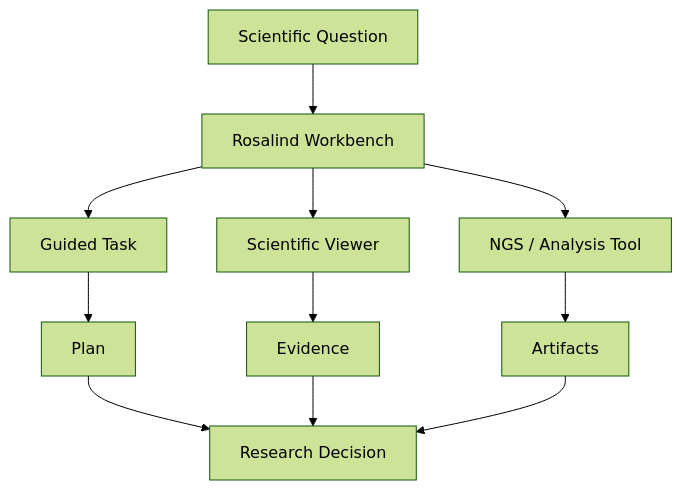
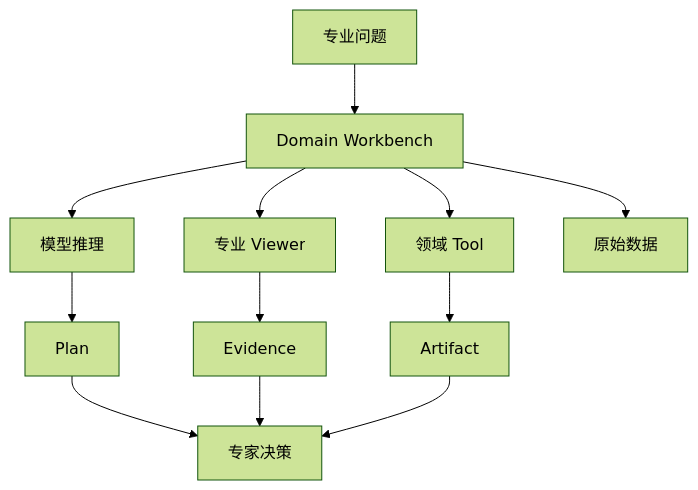
Before and after one commit to wlf186/ai-daily-headlines: the ninth of 20 diagrams in 260829.md, drawn with Mermaid (forest theme). The commit also changed other lines of this file, not shown here.

````diff
--- a/260829.md
+++ b/260829.md
@@ -450,13 +431,14 @@
 ```mermaid
 flowchart TD
-    R1[Scientific Question] --> R2[Rosalind Workbench]
-    R2 --> R3[Guided Task]
-    R2 --> R4[Scientific Viewer]
-    R2 --> R5[NGS / Analysis Tool]
-    R3 --> R6[Plan]
-    R4 --> R7[Evidence]
-    R5 --> R8[Artifacts]
-    R6 --> R9[Research Decision]
-    R7 --> R9
-    R8 --> R9
+    R1[专业问题] --> R2[Domain Workbench]
+    R2 --> R3[模型推理]
+    R2 --> R4[专业 Viewer]
+    R2 --> R5[领域 Tool]
+    R2 --> R6[原始数据]
+    R3 --> R7[Plan]
+    R4 --> R8[Evidence]
+    R5 --> R9[Artifact]
+    R7 --> R10[专家决策]
+    R8 --> R10
+    R9 --> R10
 ```
````
